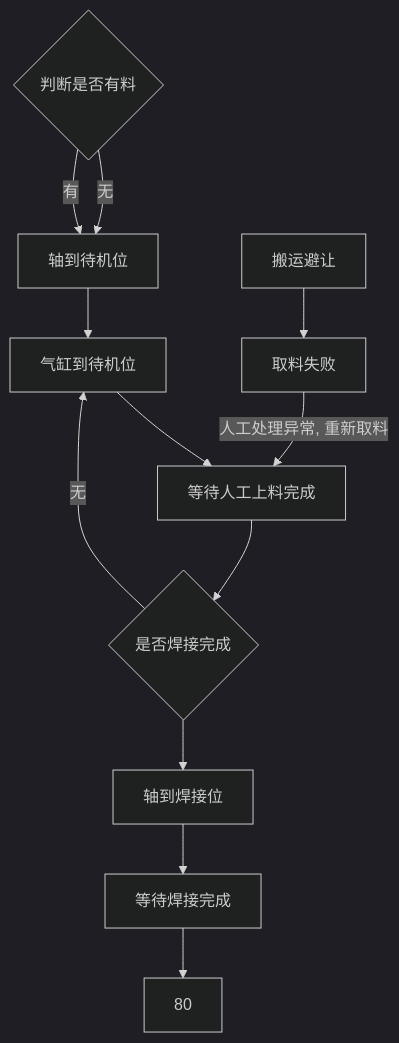
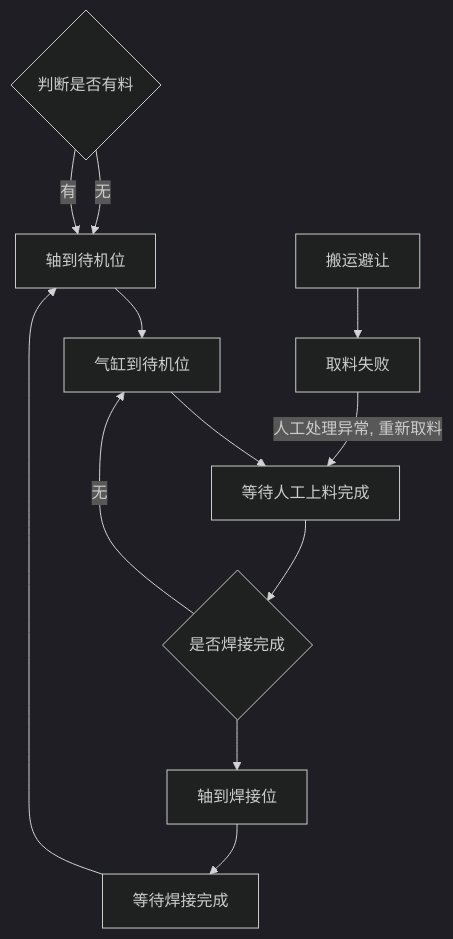
The diagram in all/OP10 上料工位自动流程.md (PengKun1/iodraw-files), drawn with Mermaid (dark theme) before and after one commit.

Commit message:
2024-08-02 11:00:48 update

````diff
--- a/all/OP10 上料工位自动流程.md
+++ b/all/OP10 上料工位自动流程.md
@@ -1,18 +1,19 @@
 ```mermaid
 graph TD
 10{判断是否有料}-->|无|20
 10-->|有|20
 20[轴到待机位]-->30
 30[气缸到待机位]-->40
 40[等待人工上料完成]-->50
 50[气缸固定]-->60
 60[轴到焊接位]-->70
-70[等待焊接完成]-->80
+70[等待焊接完成]-->20
+
 50{是否焊接完成}-->|无|30
 
 
 
 90[搬运避让]-->900
 
 900[取料失败]-->|人工处理异常, 重新取料|40
 ```
````
